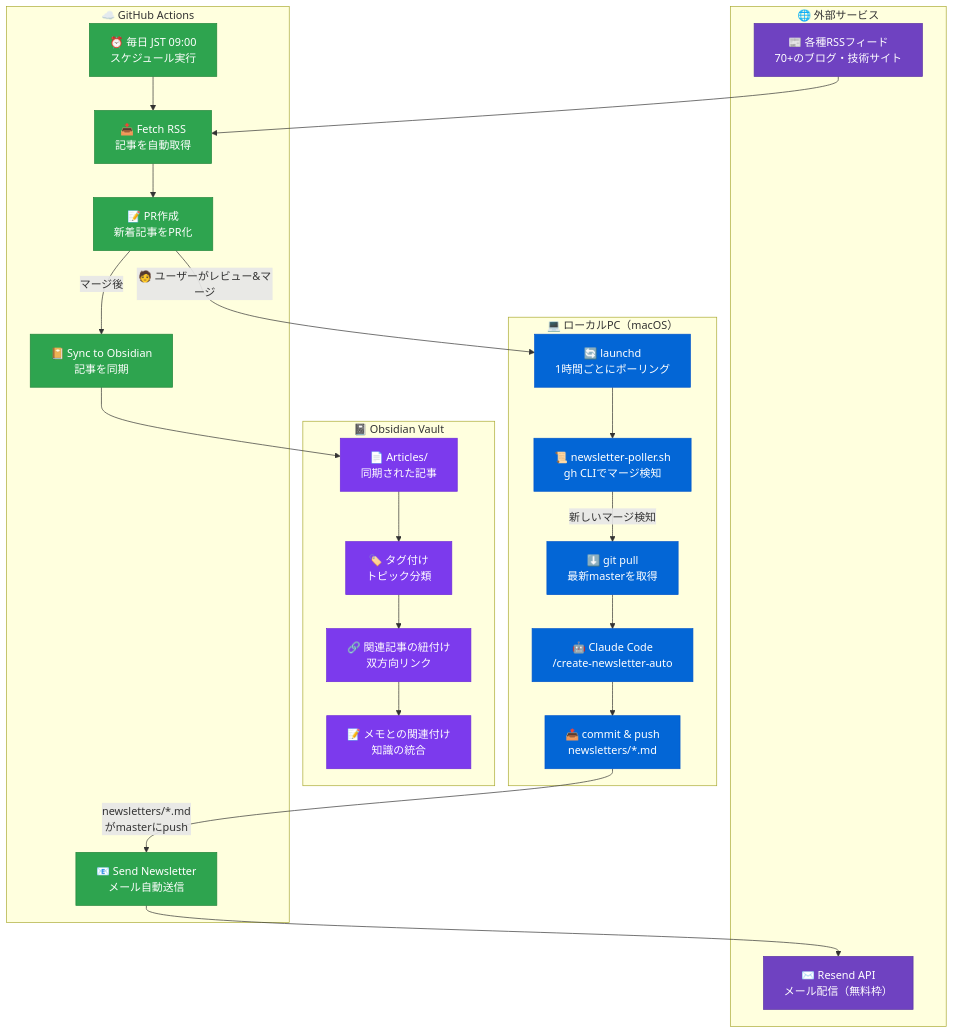
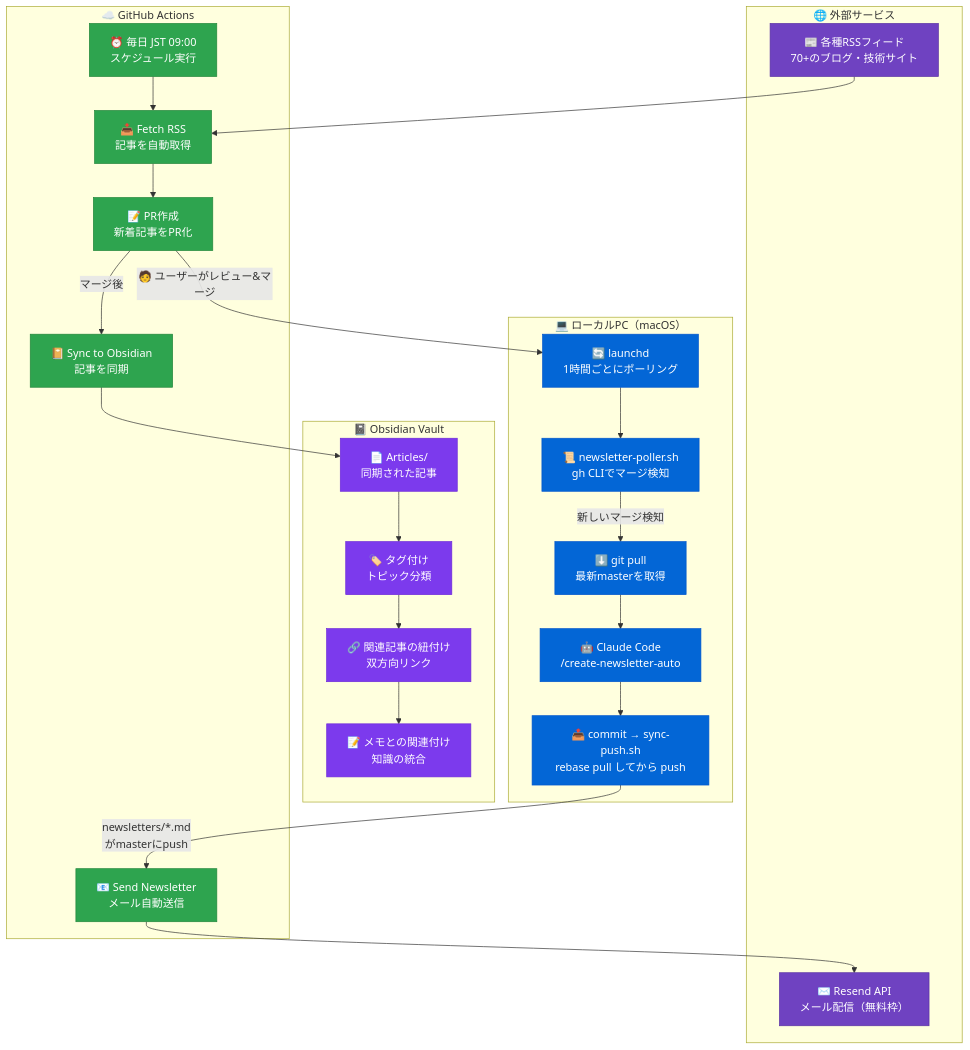
Before and after one commit to uto-usui/magazine: the diagram in docs/automation-flow.md, drawn with Mermaid. The commit also changed 5 other files, not shown here.

First line of the commit message:
fix(automation): poller の push 前に rebase pull を挟む

````diff
--- a/docs/automation-flow.md
+++ b/docs/automation-flow.md
@@ -11,64 +11,64 @@
 ```mermaid
 flowchart TB
     subgraph GitHub_Actions["☁️ GitHub Actions"]
         CRON["⏰ 毎日 JST 09:00<br/>スケジュール実行"]
         FETCH["📥 Fetch RSS<br/>記事を自動取得"]
         CREATE_PR["📝 PR作成<br/>新着記事をPR化"]
         SEND_MAIL["📧 Send Newsletter<br/>メール自動送信"]
         SYNC_OBS["📔 Sync to Obsidian<br/>記事を同期"]
     end
 
     subgraph Local_PC["💻 ローカルPC（macOS）"]
         LAUNCHD["🔄 launchd<br/>1時間ごとにポーリング"]
         POLLER["📜 newsletter-poller.sh<br/>gh CLIでマージ検知"]
         PULL["⬇️ git pull<br/>最新masterを取得"]
         CLAUDE["🤖 Claude Code<br/>/create-newsletter-auto"]
-        COMMIT["📤 commit & push<br/>newsletters/*.md"]
+        COMMIT["📤 commit → sync-push.sh<br/>rebase pull してから push"]
     end
 
     subgraph Obsidian_Vault["📓 Obsidian Vault"]
         ARTICLES_OBS["📄 Articles/<br/>同期された記事"]
         TAGGING["🏷️ タグ付け<br/>トピック分類"]
         LINKING["🔗 関連記事の紐付け<br/>双方向リンク"]
         NOTES["📝 メモとの関連付け<br/>知識の統合"]
     end
 
     subgraph External["🌐 外部サービス"]
         RSS["📰 各種RSSフィード<br/>70+のブログ・技術サイト"]
         RESEND["✉️ Resend API<br/>メール配信（無料枠）"]
     end
 
     %% メインフロー
     CRON --> FETCH
     RSS --> FETCH
     FETCH --> CREATE_PR
     CREATE_PR -->|"🧑 ユーザーがレビュー&マージ"| LAUNCHD
 
     %% ローカルフロー
     LAUNCHD --> POLLER
     POLLER -->|"新しいマージ検知"| PULL
     PULL --> CLAUDE
     CLAUDE --> COMMIT
 
     %% 送信トリガー
     COMMIT -->|"newsletters/*.md<br/>がmasterにpush"| SEND_MAIL
     SEND_MAIL --> RESEND
 
     %% Obsidian同期
     CREATE_PR -->|"マージ後"| SYNC_OBS
     SYNC_OBS --> ARTICLES_OBS
     ARTICLES_OBS --> TAGGING
     TAGGING --> LINKING
     LINKING --> NOTES
 
     %% スタイル
     classDef action fill:#2ea44f,stroke:#22863a,color:#fff
     classDef local fill:#0366d6,stroke:#0256cc,color:#fff
     classDef external fill:#6f42c1,stroke:#5a32a3,color:#fff
     classDef obsidian fill:#7c3aed,stroke:#6d28d9,color:#fff
 
     class CRON,FETCH,CREATE_PR,SEND_MAIL,SYNC_OBS action
     class LAUNCHD,POLLER,PULL,CLAUDE,COMMIT local
     class RSS,RESEND external
     class ARTICLES_OBS,TAGGING,LINKING,NOTES obsidian
 ```
````
